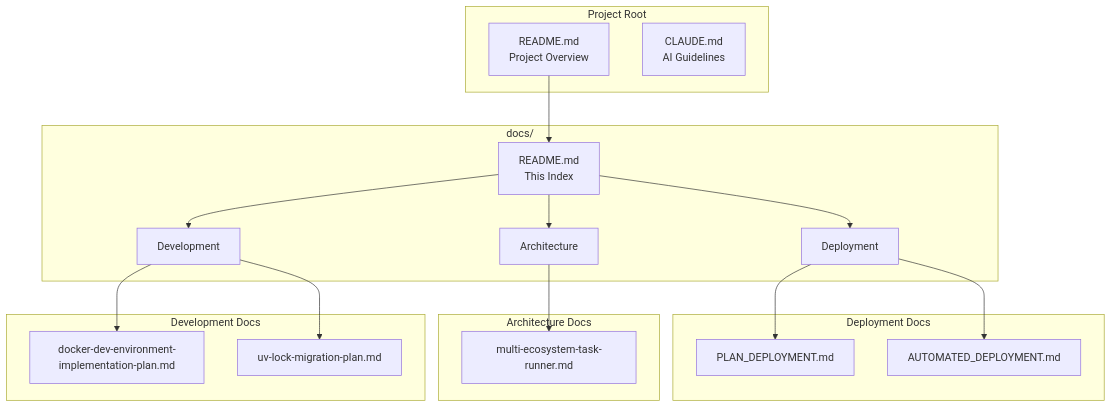
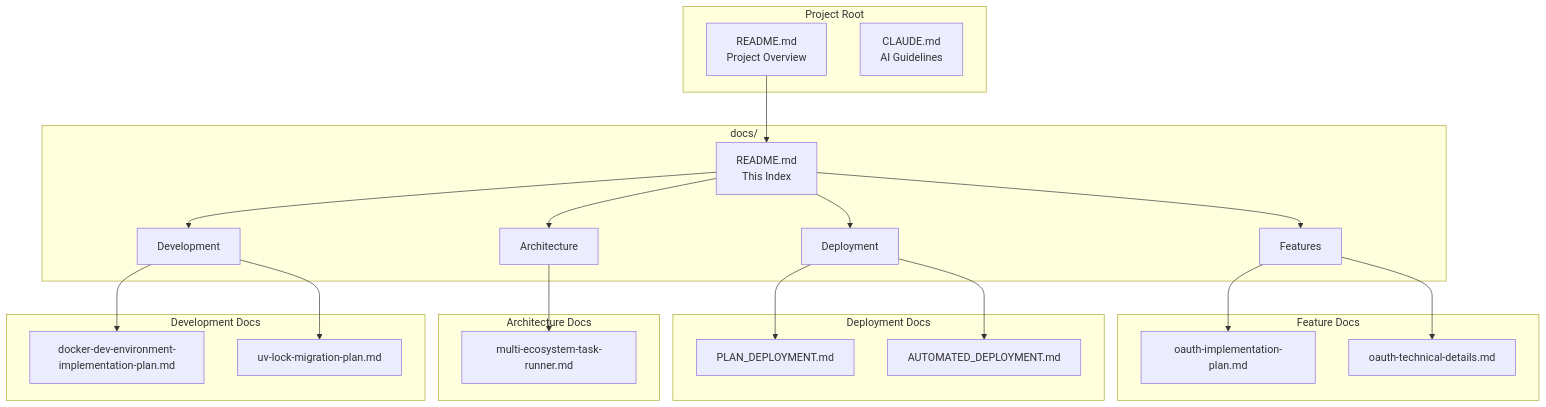
The diagram in docs/README.md (dremdem/stupid_chat_bot), drawn with Mermaid before and after one commit. The commit also changed other lines of this file and 2 other files, not shown here.

First line of the commit message:
docs: add OAuth 2.0 authentication planning documents

````diff
--- a/docs/README.md
+++ b/docs/README.md
@@ -29,38 +30,47 @@
 ```mermaid
 graph TB
     subgraph Root["Project Root"]
         README["README.md<br/>Project Overview"]
         CLAUDE["CLAUDE.md<br/>AI Guidelines"]
     end
 
     subgraph Docs["docs/"]
         INDEX["README.md<br/>This Index"]
+        FEAT["Features"]
         DEPLOY["Deployment"]
         ARCH["Architecture"]
         DEV["Development"]
+    end
+
+    subgraph Features["Feature Docs"]
+        OAUTH_PLAN["oauth-implementation-plan.md"]
+        OAUTH_TECH["oauth-technical-details.md"]
     end
 
     subgraph Deploy["Deployment Docs"]
         PLAN["PLAN_DEPLOYMENT.md"]
         AUTO["AUTOMATED_DEPLOYMENT.md"]
     end
 
     subgraph Arch["Architecture Docs"]
         TASK["multi-ecosystem-task-runner.md"]
     end
 
     subgraph Dev["Development Docs"]
         DOCKER["docker-dev-environment-implementation-plan.md"]
         UV["uv-lock-migration-plan.md"]
     end
 
     README --> INDEX
+    INDEX --> FEAT
     INDEX --> DEPLOY
     INDEX --> ARCH
     INDEX --> DEV
+    FEAT --> OAUTH_PLAN
+    FEAT --> OAUTH_TECH
     DEPLOY --> PLAN
     DEPLOY --> AUTO
     ARCH --> TASK
     DEV --> DOCKER
     DEV --> UV
 ```
````
